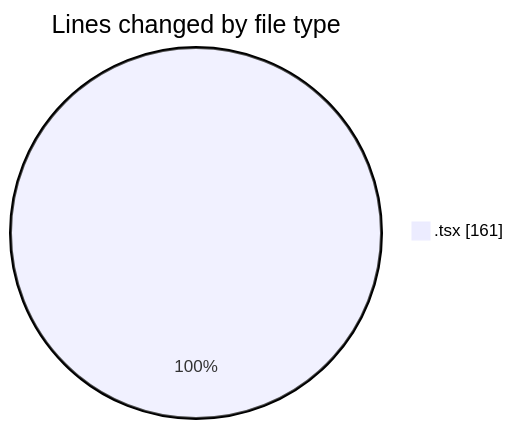
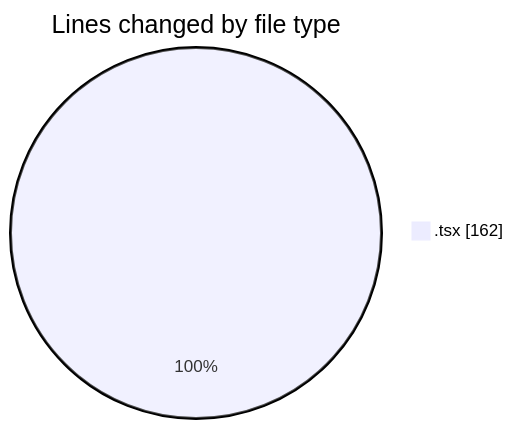
Before and after one commit to julien-gomy/code-tracking: the first of 2 diagrams in 2025-11-08/eventscop-frontend-guide__workspace_/README.md, drawn with Mermaid. The commit also changed other lines of this file and 1 other file, not shown here.

````diff
--- a/2025-11-08/eventscop-frontend-guide__workspace_/README.md
+++ b/2025-11-08/eventscop-frontend-guide__workspace_/README.md
@@ -20,5 +21,5 @@
 ```mermaid
 pie showData
 title Lines changed by file type
-".tsx" : 161
+".tsx" : 162
 ```
````
